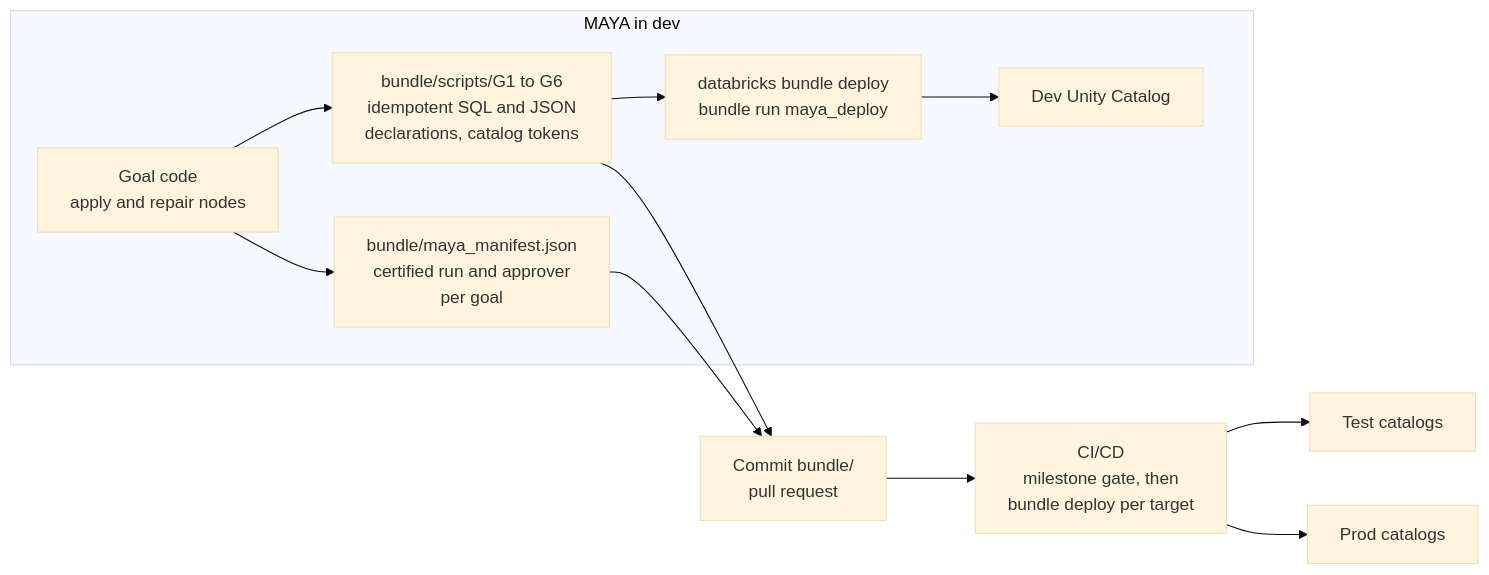
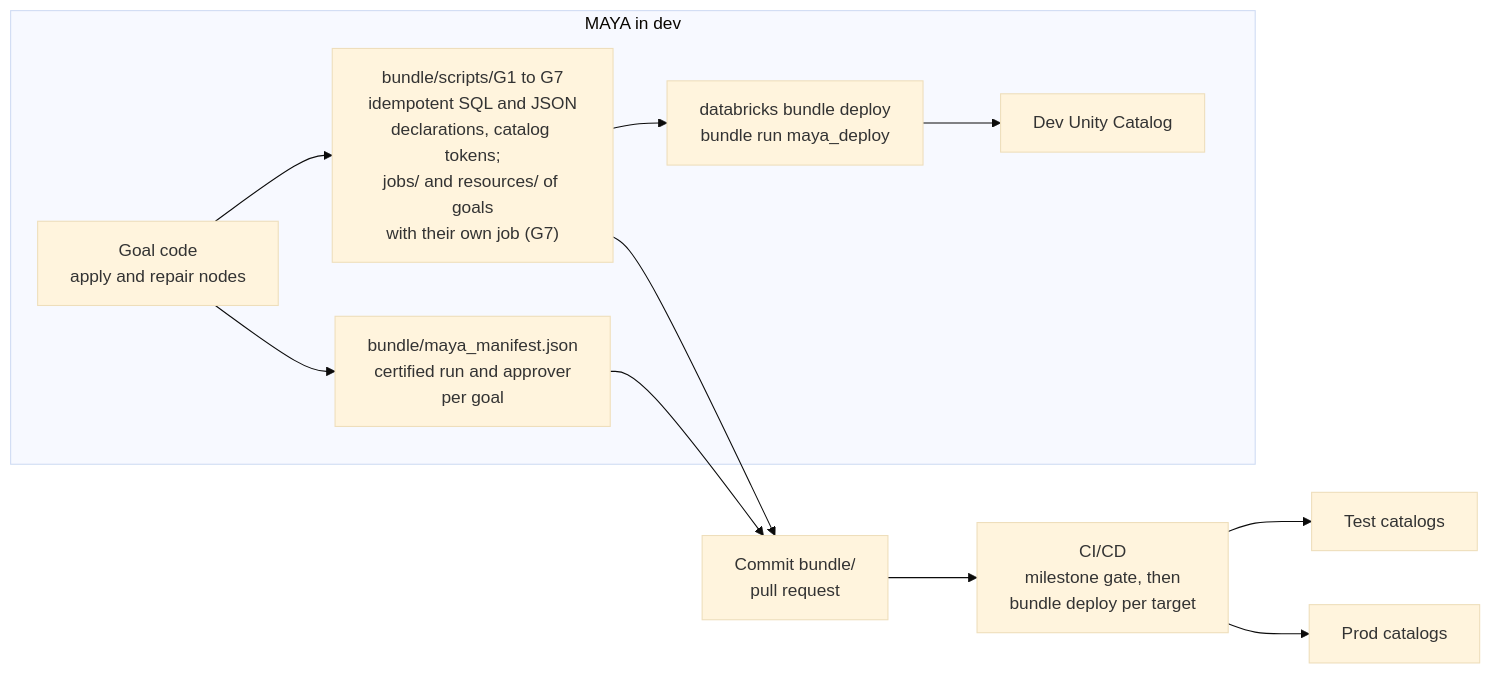
Before and after one commit to vasutechgenie/maya-dbx-ai: the sixth of 7 diagrams in docs/ARCHITECTURE.md, drawn with Mermaid (base theme). The commit also changed other lines of this file and 27 other files, not shown here.

Commit message:
G7 Data quality monitoring: rules from the rules file, Unity Catalog keys and dq_analyst suggestions, a scheduled check job, critical-failure and stale-data alerts (test-fired), and a data quality dashboard; bundle support for goal jobs and resources

````diff
--- a/docs/ARCHITECTURE.md
+++ b/docs/ARCHITECTURE.md
@@ -220,14 +221,14 @@
 ```mermaid
 flowchart LR
     subgraph dev["MAYA in dev"]
-        gc["Goal code<br/>apply and repair nodes"] --> sc["bundle/scripts/G1 to G6<br/>idempotent SQL and JSON<br/>declarations, catalog tokens"]
+        gc["Goal code<br/>apply and repair nodes"] --> sc["bundle/scripts/G1 to G7<br/>idempotent SQL and JSON<br/>declarations, catalog tokens;<br/>jobs/ and resources/ of goals<br/>with their own job (G7)"]
         gc --> mf["bundle/maya_manifest.json<br/>certified run and approver<br/>per goal"]
         sc --> dep["databricks bundle deploy<br/>bundle run maya_deploy"]
         dep --> devuc["Dev Unity Catalog"]
     end
     sc --> git["Commit bundle/<br/>pull request"]
     mf --> git
     git --> ci["CI/CD<br/>milestone gate, then<br/>bundle deploy per target"]
     ci --> test["Test catalogs"]
     ci --> prod["Prod catalogs"]
 ```
````
